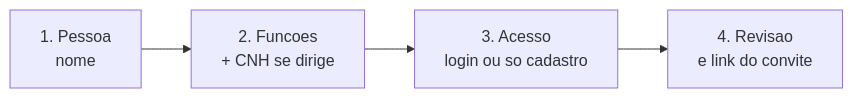
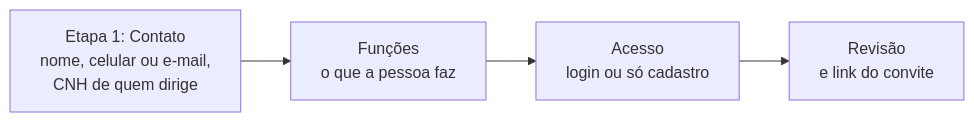
Before and after one commit to LocFlowTeam/locflow-docs: the first of 2 diagrams in configuracoes/colaboradores-e-acessos.md, drawn with Mermaid. The commit also changed other lines of this file and 26 other files, not shown here.

````diff
--- a/configuracoes/colaboradores-e-acessos.md
+++ b/configuracoes/colaboradores-e-acessos.md
@@ -31,6 +31,6 @@
 ```mermaid
 flowchart LR
-    A[1. Pessoa<br/>nome] --> B[2. Funcoes<br/>+ CNH se dirige]
-    B --> C[3. Acesso<br/>login ou so cadastro]
-    C --> D[4. Revisao<br/>e link do convite]
+    A[Etapa 1: Contato<br/>nome, celular ou e-mail,<br/>CNH de quem dirige] --> B[Funções<br/>o que a pessoa faz]
+    B --> C[Acesso<br/>login ou só cadastro]
+    C --> D[Revisão<br/>e link do convite]
 ```
````
